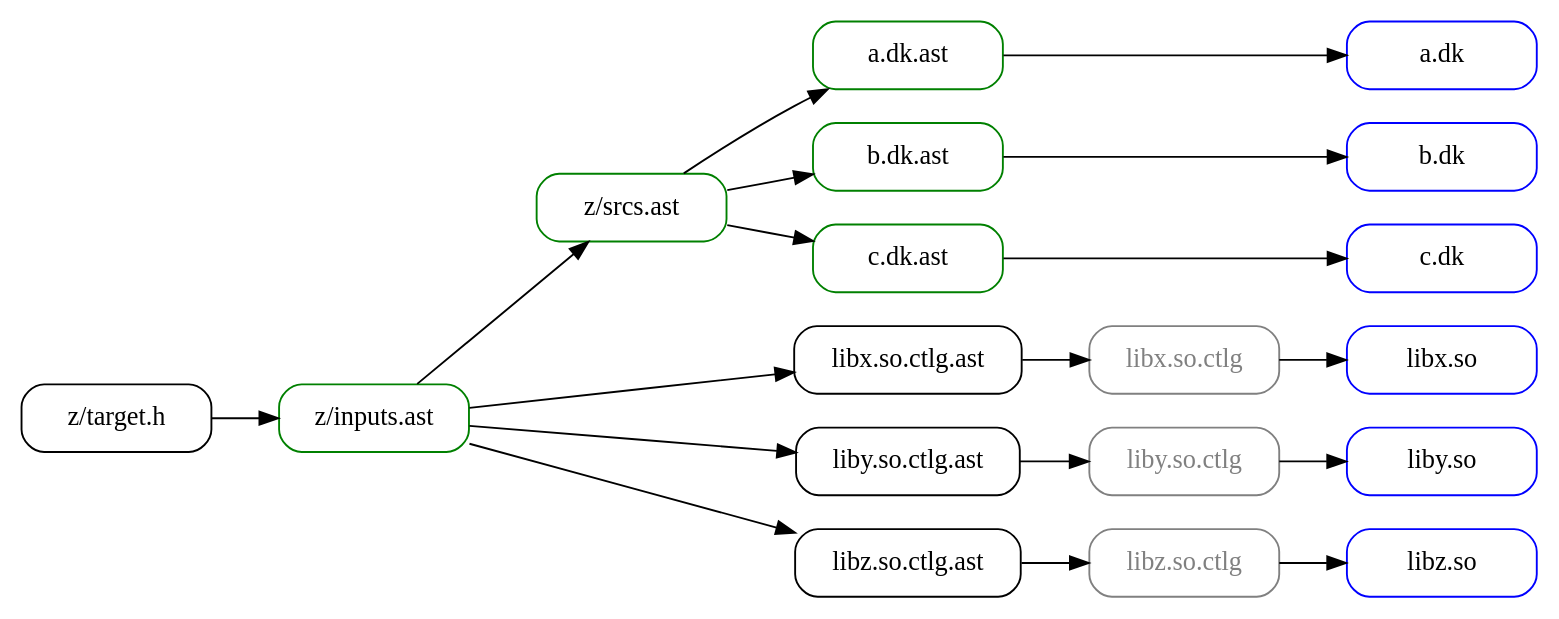
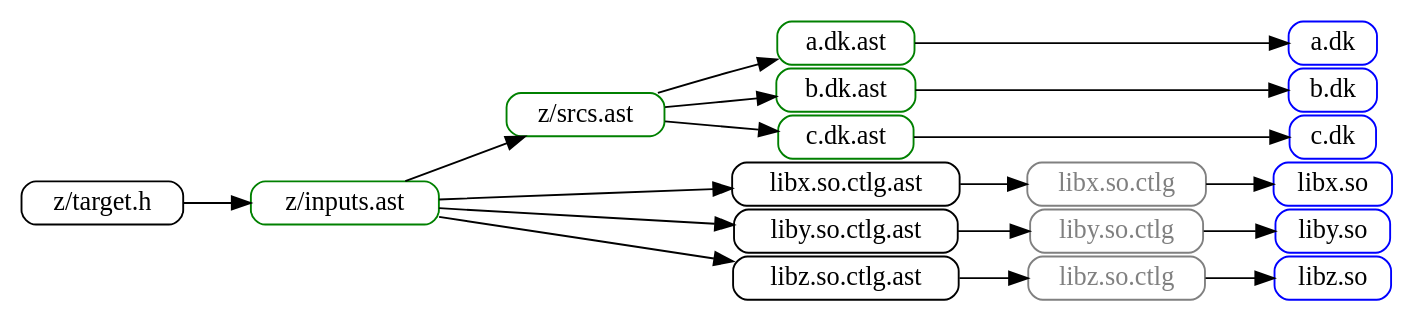
One commit to Ayyzee/dakota changed the diagram in depends.dot. Above: the diagram before and after it, drawn with Graphviz. The commit also changed 1 other file, not shown here.

Commit message:
More tightening up graphs.

```diff
--- a/depends.dot
+++ b/depends.dot
@@ -1,54 +1,54 @@
 digraph {
-  graph [ rankdir = LR, dir = back ];
-  node [ shape = rect, style = rounded, width = 1.4 ];
+  graph [ rankdir = LR, dir = back, nodesep = 0.03 ];
+  node [ shape = rect, style = rounded, width = 0, height = 0 ];
 
   "a.dk" [ color = blue ];
   "b.dk" [ color = blue ];
   "c.dk" [ color = blue ];
   "a.dk.ast" [ color = green ];
   "b.dk.ast" [ color = green ];
   "c.dk.ast" [ color = green ];
   "z/srcs.ast" [ color = green ];
   "z/inputs.ast" [ color = green ];
   "libx.so" [ color = blue ];
   "liby.so" [ color = blue ];
   "libz.so" [ color = blue ];
   "libx.so.ctlg" [ fontcolor = gray, color = gray ];
   "liby.so.ctlg" [ fontcolor = gray, color = gray ];
   "libz.so.ctlg" [ fontcolor = gray, color = gray ];
 
   "z/target.h" -> "z/inputs.ast";
 
   "z/inputs.ast" -> "z/srcs.ast";
   "z/inputs.ast" -> "libx.so.ctlg.ast";
   "z/inputs.ast" -> "liby.so.ctlg.ast";
   "z/inputs.ast" -> "libz.so.ctlg.ast";
 
   "z/srcs.ast" -> "a.dk.ast" -> "a.dk";
   "z/srcs.ast" -> "b.dk.ast" -> "b.dk";
   "z/srcs.ast" -> "c.dk.ast" -> "c.dk";
 
   "libx.so.ctlg.ast" -> "libx.so.ctlg" -> "libx.so";
   "liby.so.ctlg.ast" -> "liby.so.ctlg" -> "liby.so";
   "libz.so.ctlg.ast" -> "libz.so.ctlg" -> "libz.so";
 
   // layout control below
   subgraph {
     graph [ rank = same ];
     "a.dk.ast";
     "b.dk.ast";
     "c.dk.ast";
     "libx.so.ctlg.ast";
     "liby.so.ctlg.ast";
     "libz.so.ctlg.ast";
   }
   subgraph {
     graph [ rank = same ];
     "a.dk";
     "b.dk";
     "c.dk";
     "libx.so";
     "liby.so";
     "libz.so";
   }
 }
```
